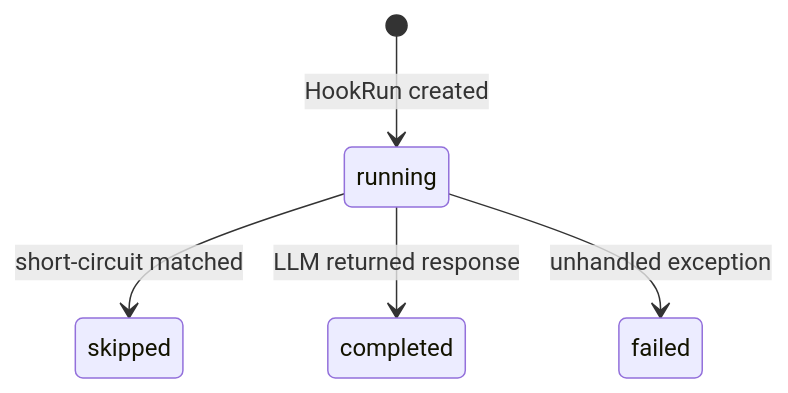
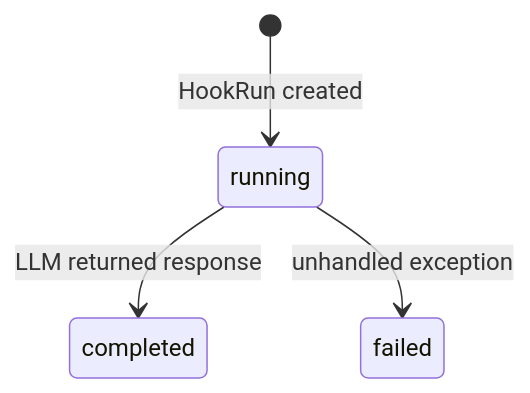
One commit to darcyle/agent-queue changed the second of 2 diagrams in specs/hooks.md. Above: the diagram before and after it, drawn with Mermaid. The commit also changed other lines of this file and 6 other files, not shown here.

````diff
--- a/specs/hooks.md
+++ b/specs/hooks.md
@@ -354,7 +394,6 @@
 ```mermaid
 stateDiagram-v2
     [*] --> running : HookRun created
-    running --> skipped : short-circuit matched
     running --> completed : LLM returned response
     running --> failed : unhandled exception
 ```
````
